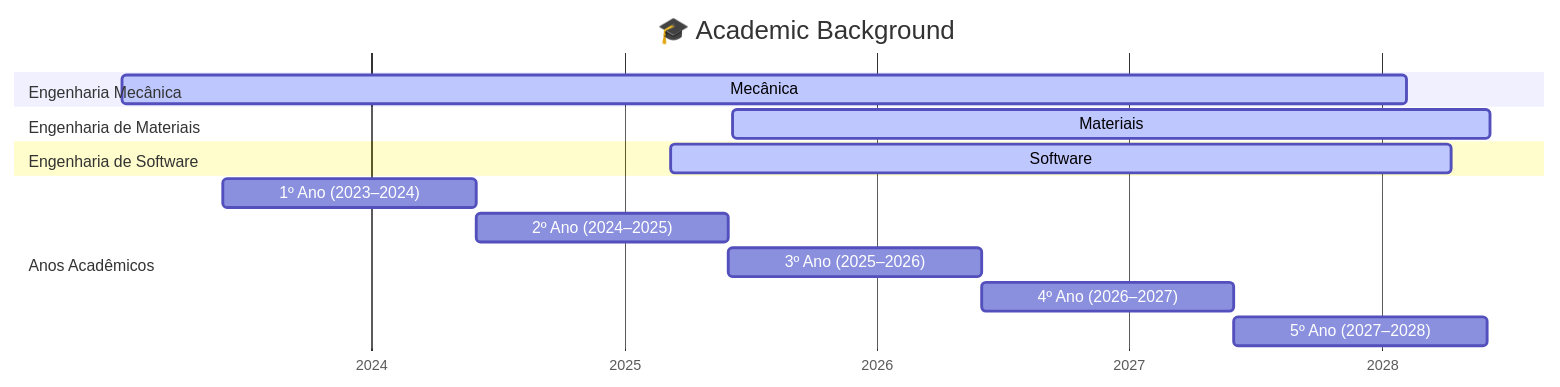
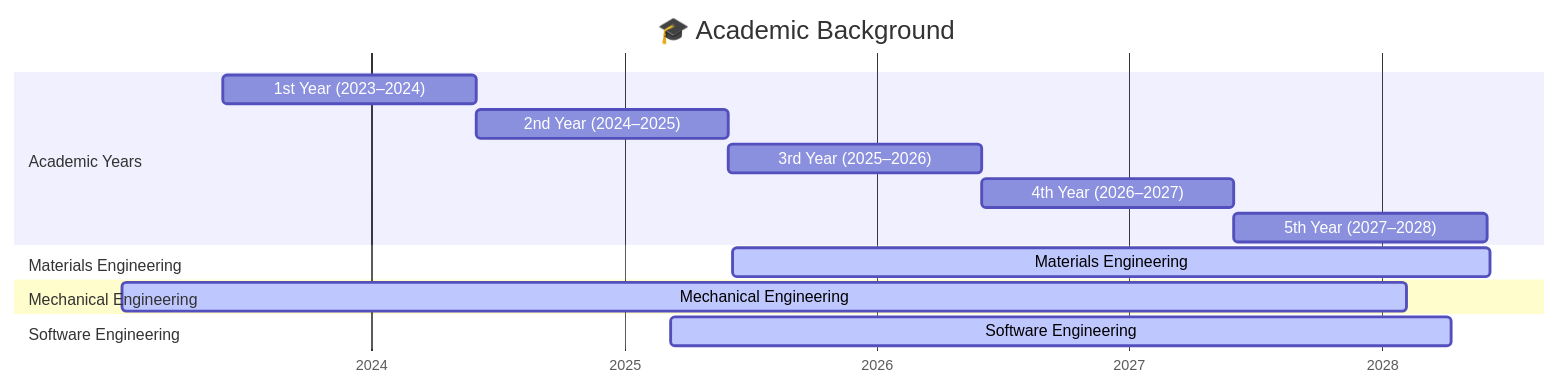
One commit to delblerferreira/delblerferreira changed the first of 3 diagrams in README.md. Above: the diagram before and after it, drawn with Mermaid.

````diff
--- a/README.md
+++ b/README.md
@@ -31,23 +31,23 @@
 ```mermaid
 gantt
     dateFormat  YYYY-MM-DD
     axisFormat  %Y
 
     title 🎓 Academic Background
 
-    section Engenharia Mecânica
-    Mecânica                   :active, mechanical, 2023-01-06, 2028-02-06
+    section Academic Years
+    1st Year (2023–2024)        :a1, 2023-06-01, 2024-06-01
+    2nd Year (2024–2025)        :a2, 2024-06-01, 2025-06-01
+    3rd Year (2025–2026)        :a3, 2025-06-01, 2026-06-01
+    4th Year (2026–2027)        :a4, 2026-06-01, 2027-06-01
+    5th Year (2027–2028)        :a5, 2027-06-01, 2028-06-01
 
-    section Engenharia de Materiais
-    Materiais                  :active, materials, 2025-06-06, 2028-06-06
+    section Materials Engineering
+    Materials Engineering       :active, materials, 2025-06-06, 2028-06-06
 
-    section Engenharia de Software
-    Software                   :active, software, 2025-03-10, 2028-04-10
+    section Mechanical Engineering
+    Mechanical Engineering      :active, mechanical, 2023-01-06, 2028-02-06
 
-    section Anos Acadêmicos
-    1º Ano (2023–2024)         :a1, 2023-06-01, 2024-06-01
-    2º Ano (2024–2025)         :a2, 2024-06-01, 2025-06-01
-    3º Ano (2025–2026)         :a3, 2025-06-01, 2026-06-01
-    4º Ano (2026–2027)         :a4, 2026-06-01, 2027-06-01
-    5º Ano (2027–2028)         :a5, 2027-06-01, 2028-06-01
+    section Software Engineering
+    Software Engineering        :active, software, 2025-03-10, 2028-04-10
 ```
````
